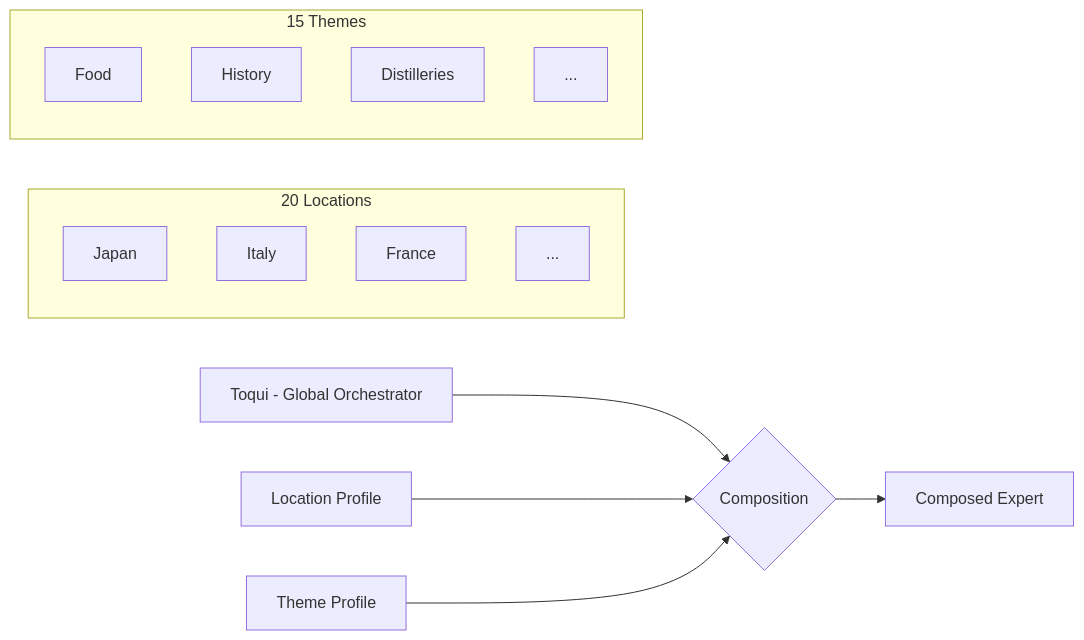
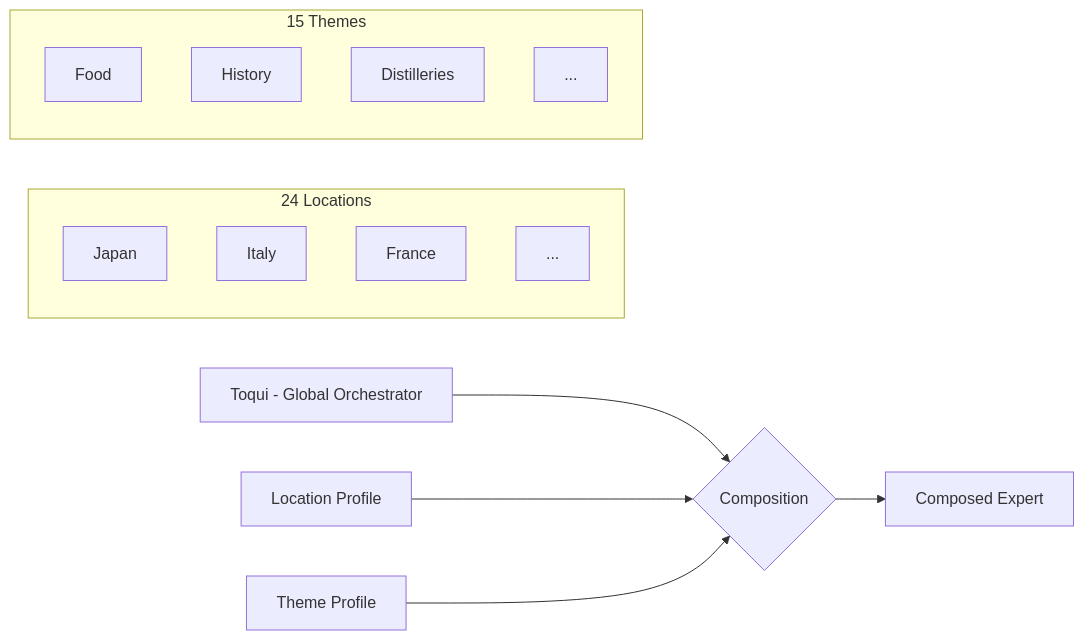
The third of 3 diagrams in CLAUDE.md (gallowaysoftware/toqui), drawn with Mermaid before and after one commit. The commit also changed other lines of this file and 1 other file, not shown here.

````diff
--- a/CLAUDE.md
+++ b/CLAUDE.md
@@ -151,21 +162,21 @@
 ```mermaid
 graph LR
     T[Toqui - Global Orchestrator] --> C{Composition}
     L[Location Profile] --> C
     TH[Theme Profile] --> C
     C --> E[Composed Expert]
 
-    subgraph "20 Locations"
+    subgraph "24 Locations"
         L1[Japan]
         L2[Italy]
         L3[France]
         L4[...]
     end
 
     subgraph "15 Themes"
         TH1[Food]
         TH2[History]
         TH3[Distilleries]
         TH4[...]
     end
 ```
````
